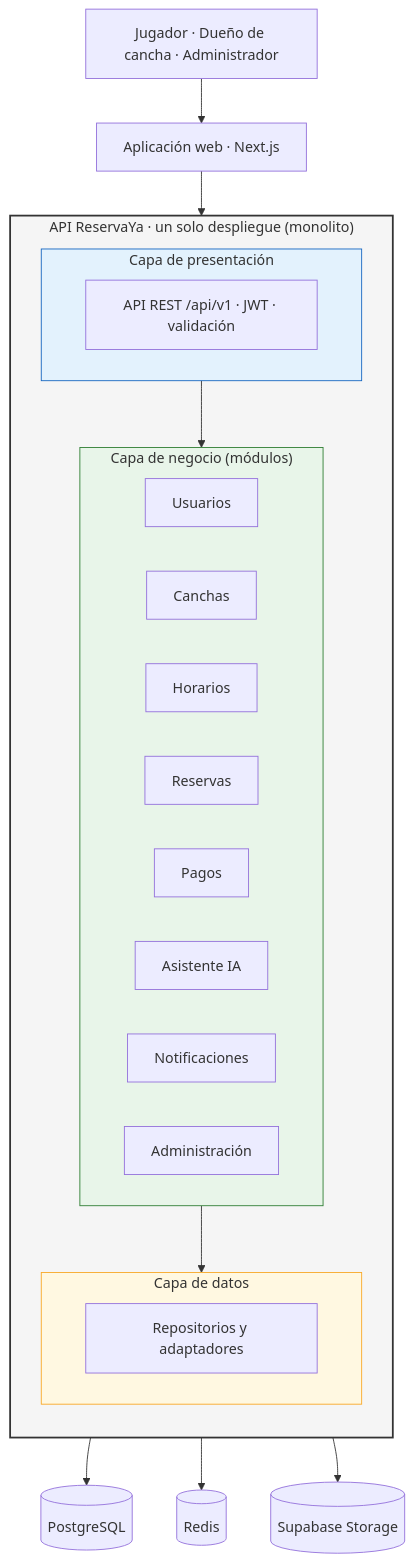
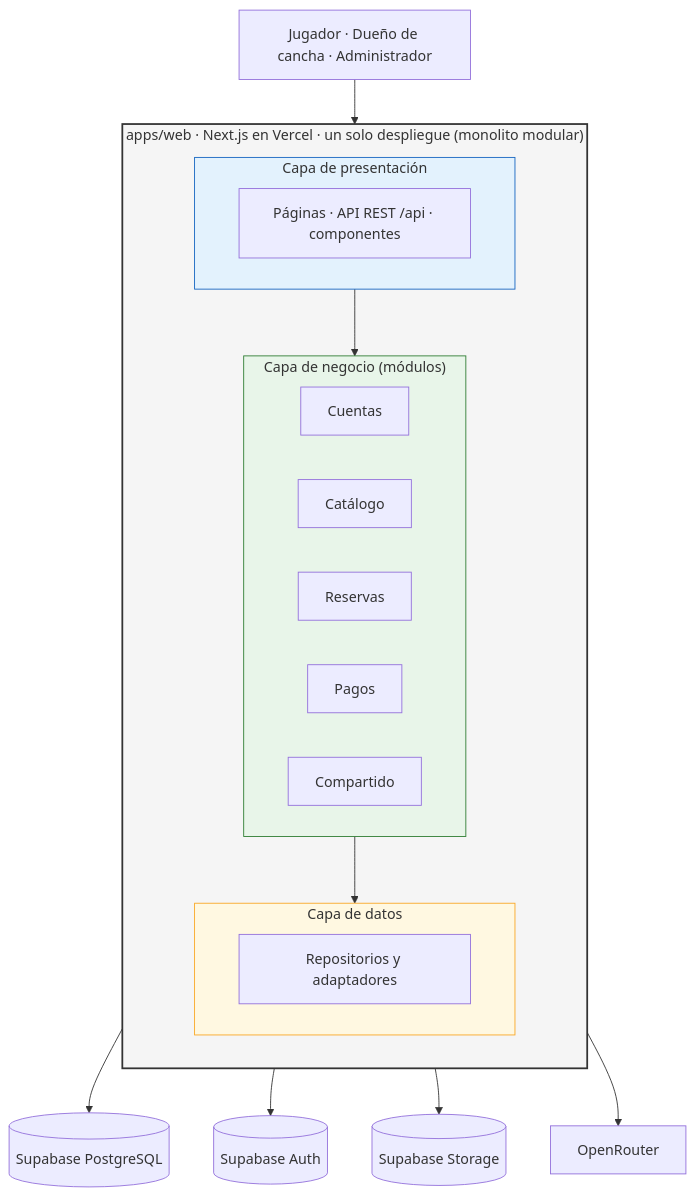
One commit to edhtsprado27-bit/ReservaYa-Ayacucho changed the diagram in img/fuentes-svg/ArquitecturaMonoliticaReservaYaEnCapas.mmd. Above: the diagram before and after it, drawn with Mermaid. The commit also changed 18 other files, not shown here.

```diff
--- a/img/fuentes-svg/ArquitecturaMonoliticaReservaYaEnCapas.mmd
+++ b/img/fuentes-svg/ArquitecturaMonoliticaReservaYaEnCapas.mmd
@@ -1,34 +1,31 @@
 flowchart TB
     usuarios["Jugador · Dueño de cancha · Administrador"]
-    subgraph mono["API ReservaYa · un solo despliegue (monolito)"]
+    subgraph mono["apps/web · Next.js en Vercel · un solo despliegue (monolito modular)"]
         direction TB
         subgraph c1["Capa de presentación"]
-            p["API REST /api/v1 · JWT · validación"]
+            p["Páginas · API REST /api · componentes"]
         end
         subgraph c2["Capa de negocio (módulos)"]
-            m1["Usuarios"]
-            m2["Canchas"]
-            m3["Horarios"]
-            m4["Reservas"]
-            m5["Pagos"]
-            m6["Asistente IA"]
-            m7["Notificaciones"]
-            m8["Administración"]
+            m1["Cuentas"]
+            m2["Catálogo"]
+            m3["Reservas"]
+            m4["Pagos"]
+            m5["Compartido"]
         end
         subgraph c3["Capa de datos"]
             r["Repositorios y adaptadores"]
         end
         c1 --> c2 --> c3
     end
-    web["Aplicación web · Next.js"]
-    bd[("PostgreSQL")]
-    rd[("Redis")]
+    bd[("Supabase PostgreSQL")]
+    au[("Supabase Auth")]
     st[("Supabase Storage")]
+    ia["OpenRouter"]
 
-    usuarios --> web --> mono
-    c3 --> bd & rd & st
+    usuarios --> mono
+    c3 --> bd & au & st & ia
 
     style mono fill:#f5f5f5,stroke:#333,stroke-width:2px
     style c1 fill:#e3f2fd,stroke:#1565c0
     style c2 fill:#e8f5e9,stroke:#2e7d32
     style c3 fill:#fff8e1,stroke:#f9a825
```
